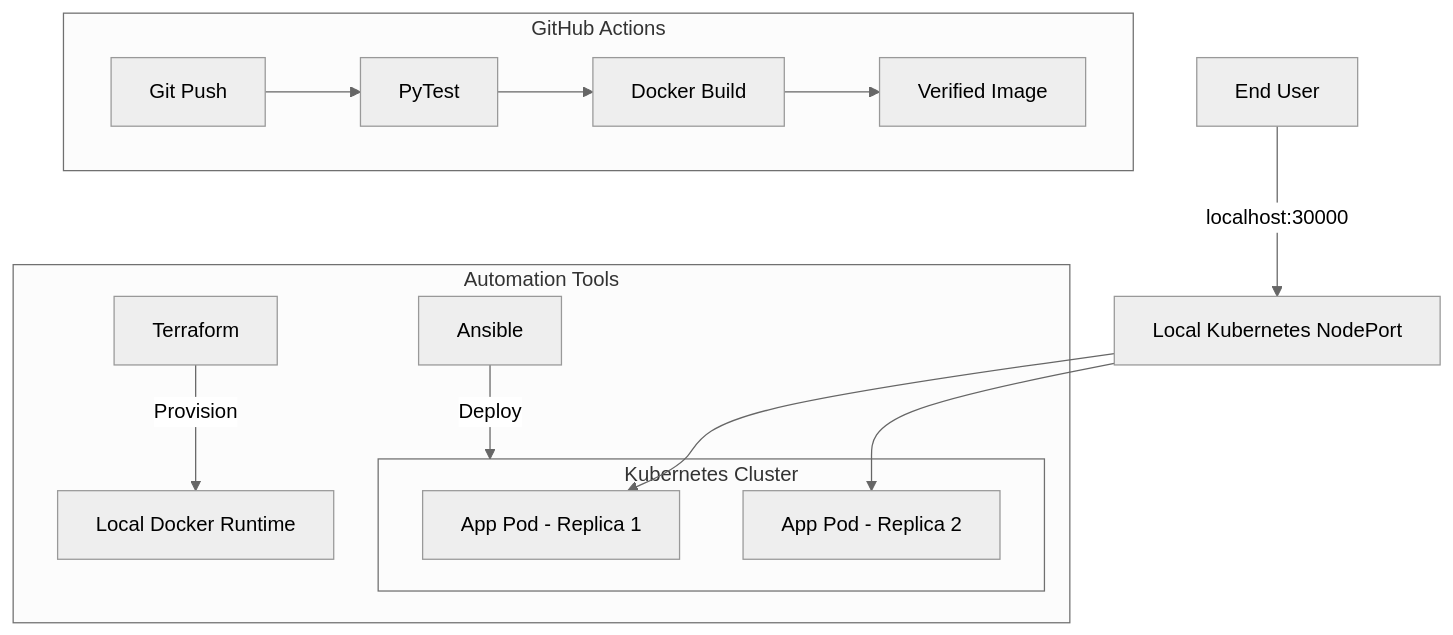
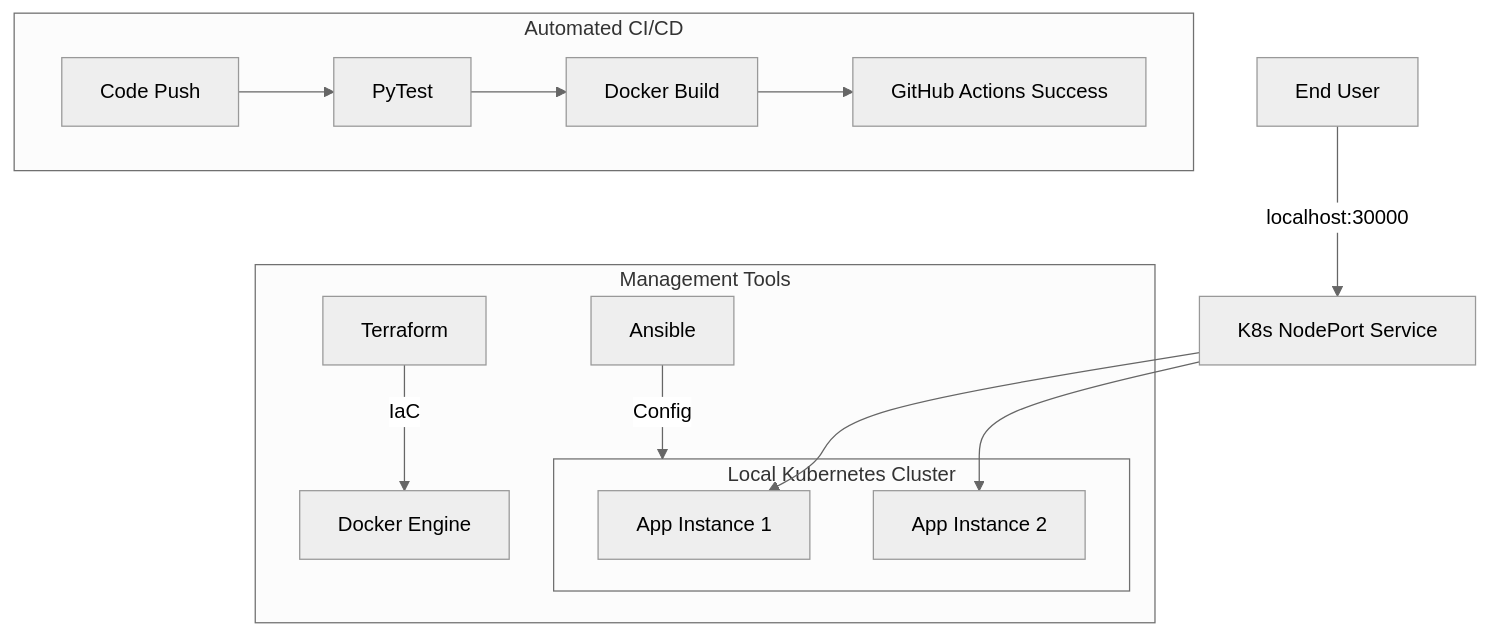
One commit to ANANDHU1114/AI-health changed the diagram in README.md. Above: the diagram before and after it, drawn with Mermaid (neutral theme). The commit also changed other lines of this file and 2 other files, not shown here.

````diff
--- a/README.md
+++ b/README.md
@@ -21,22 +26,22 @@
 ```mermaid
 graph TD;
-    User[End User] -->|localhost:30000| K8s[Local Kubernetes NodePort];
+    User[End User] -->|localhost:30000| K8s_SVC[K8s NodePort Service];
     
-    subgraph K8s_Cluster [Kubernetes Cluster]
-        Pod1[App Pod - Replica 1]
-        Pod2[App Pod - Replica 2]
+    subgraph K8s_Cluster [Local Kubernetes Cluster]
+        Pod1[App Instance 1]
+        Pod2[App Instance 2]
     end
     
-    K8s --> Pod1 & Pod2;
+    K8s_SVC --> Pod1 & Pod2;
     
-    subgraph Pipeline [GitHub Actions]
-        Push[Git Push] --> Test[PyTest]
+    subgraph Pipeline [Automated CI/CD]
+        Push[Code Push] --> Test[PyTest]
         Test --> Build[Docker Build]
-        Build --> Success[Verified Image]
+        Build --> GHA[GitHub Actions Success]
     end
     
-    subgraph Management [Automation Tools]
-        TF[Terraform] -->|Provision| Docker[Local Docker Runtime]
-        ANS[Ansible] -->|Deploy| K8s_Cluster
+    subgraph DevOps_Tools [Management Tools]
+        TF[Terraform] -->|IaC| Docker[Docker Engine]
+        Ansible[Ansible] -->|Config| K8s_Cluster
     end
 ```
````
